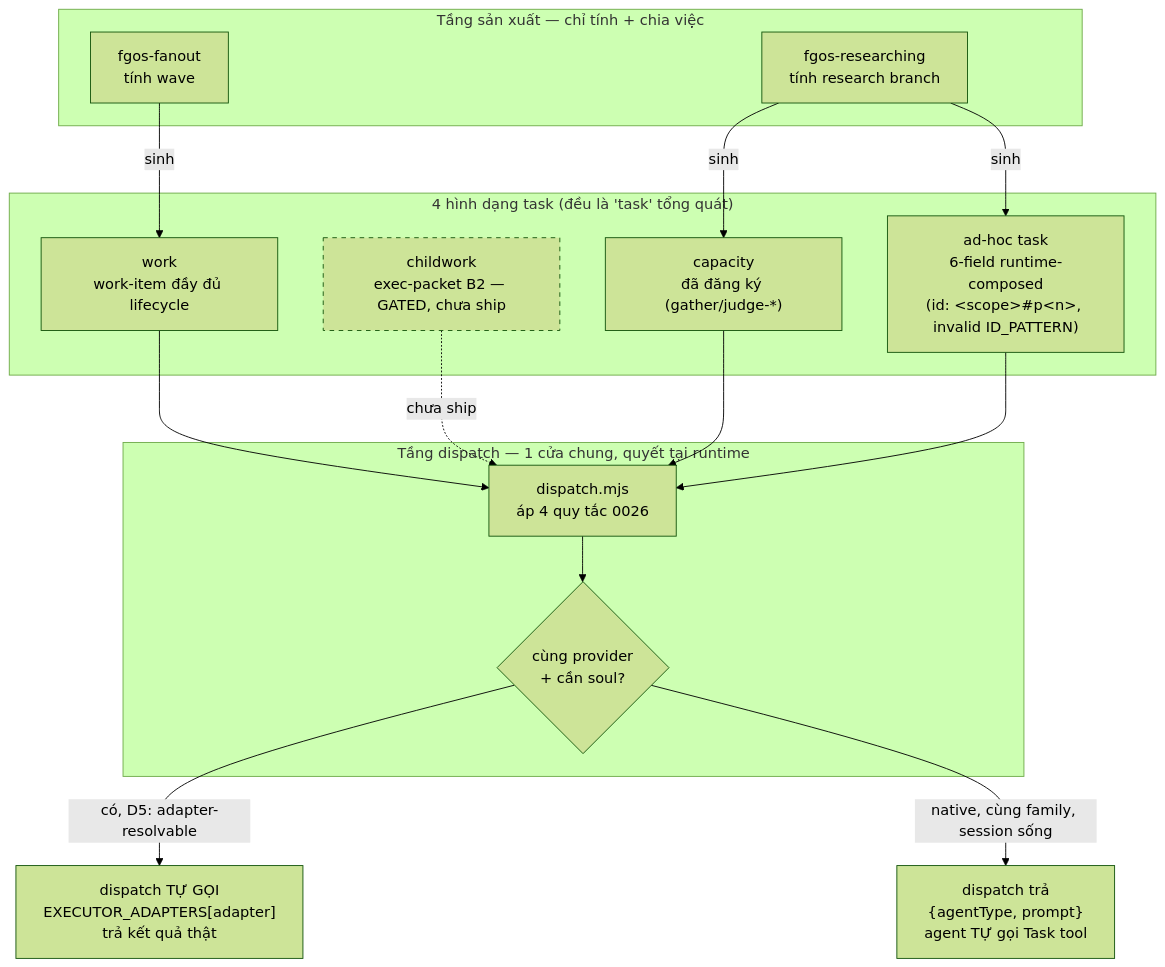
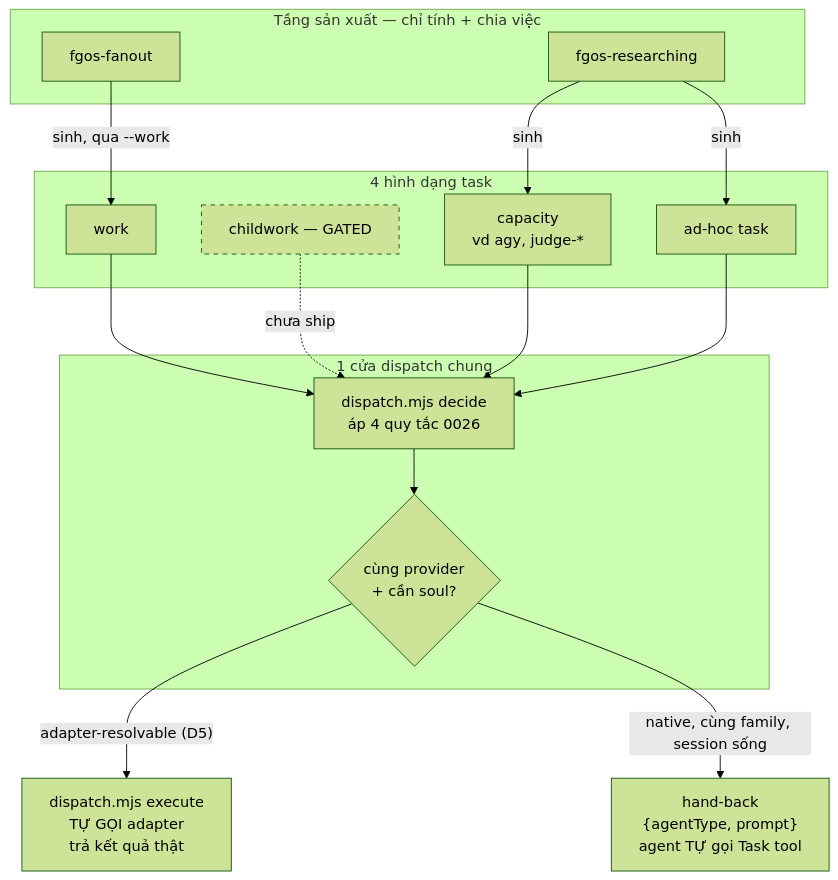
Before and after one commit to vantt/forgent: the diagram in docs/history/task-dispatch-unification/DISCUSSION.md, drawn with Mermaid (forest theme). The commit also changed other lines of this file, not shown here.

````diff
--- a/docs/history/task-dispatch-unification/DISCUSSION.md
+++ b/docs/history/task-dispatch-unification/DISCUSSION.md
@@ -266,34 +344,34 @@
 ```mermaid
 flowchart TD
     subgraph Producer["Tầng sản xuất — chỉ tính + chia việc"]
-        R["fgos-researching<br/>tính research branch"]
-        F["fgos-fanout<br/>tính wave"]
+        R["fgos-researching"]
+        F["fgos-fanout"]
     end
 
-    subgraph Tasks["4 hình dạng task (đều là 'task' tổng quát)"]
-        T1["work<br/>work-item đầy đủ lifecycle"]
-        T2["childwork<br/>exec-packet B2 — GATED, chưa ship"]
-        T3["capacity<br/>đã đăng ký (gather/judge-*)"]
-        T4["ad-hoc task<br/>6-field runtime-composed<br/>(id: &lt;scope&gt;#p&lt;n&gt;, invalid ID_PATTERN)"]
+    subgraph Tasks["4 hình dạng task"]
+        T1["work"]
+        T2["childwork — GATED"]
+        T3["capacity<br/>vd agy, judge-*"]
+        T4["ad-hoc task"]
     end
 
-    subgraph Dispatch["Tầng dispatch — 1 cửa chung, quyết tại runtime"]
-        D["dispatch.mjs<br/>áp 4 quy tắc 0026"]
+    subgraph Dispatch["1 cửa dispatch chung"]
+        D["dispatch.mjs decide<br/>áp 4 quy tắc 0026"]
         Rule2{"cùng provider<br/>+ cần soul?"}
     end
 
     R -->|sinh| T3
     R -->|sinh| T4
-    F -->|sinh| T1
+    F -->|sinh, qua --work| T1
 
     T1 --> D
     T2 -.->|chưa ship| D
     T3 --> D
     T4 --> D
 
     D --> Rule2
-    Rule2 -->|có, D5: adapter-resolvable| SelfExec["dispatch TỰ GỌI<br/>EXECUTOR_ADAPTERS[adapter]<br/>trả kết quả thật"]
-    Rule2 -->|native, cùng family, session sống| HandBack["dispatch trả<br/>{agentType, prompt}<br/>agent TỰ gọi Task tool"]
+    Rule2 -->|"adapter-resolvable (D5)"| SelfExec["dispatch.mjs execute<br/>TỰ GỌI adapter<br/>trả kết quả thật"]
+    Rule2 -->|"native, cùng family, session sống"| HandBack["hand-back<br/>{agentType, prompt}<br/>agent TỰ gọi Task tool"]
 
     style T2 stroke-dasharray: 5 5
 ```
````
